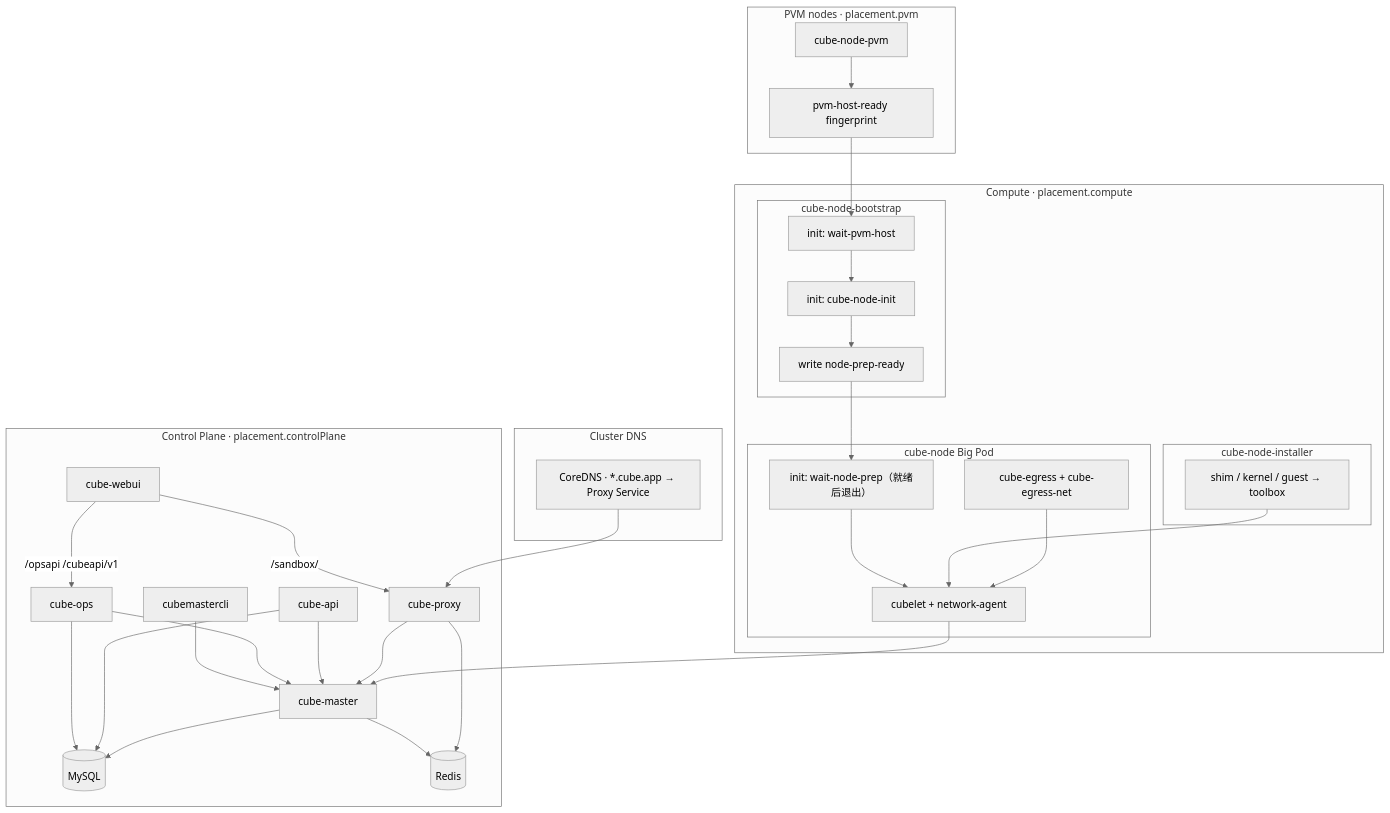
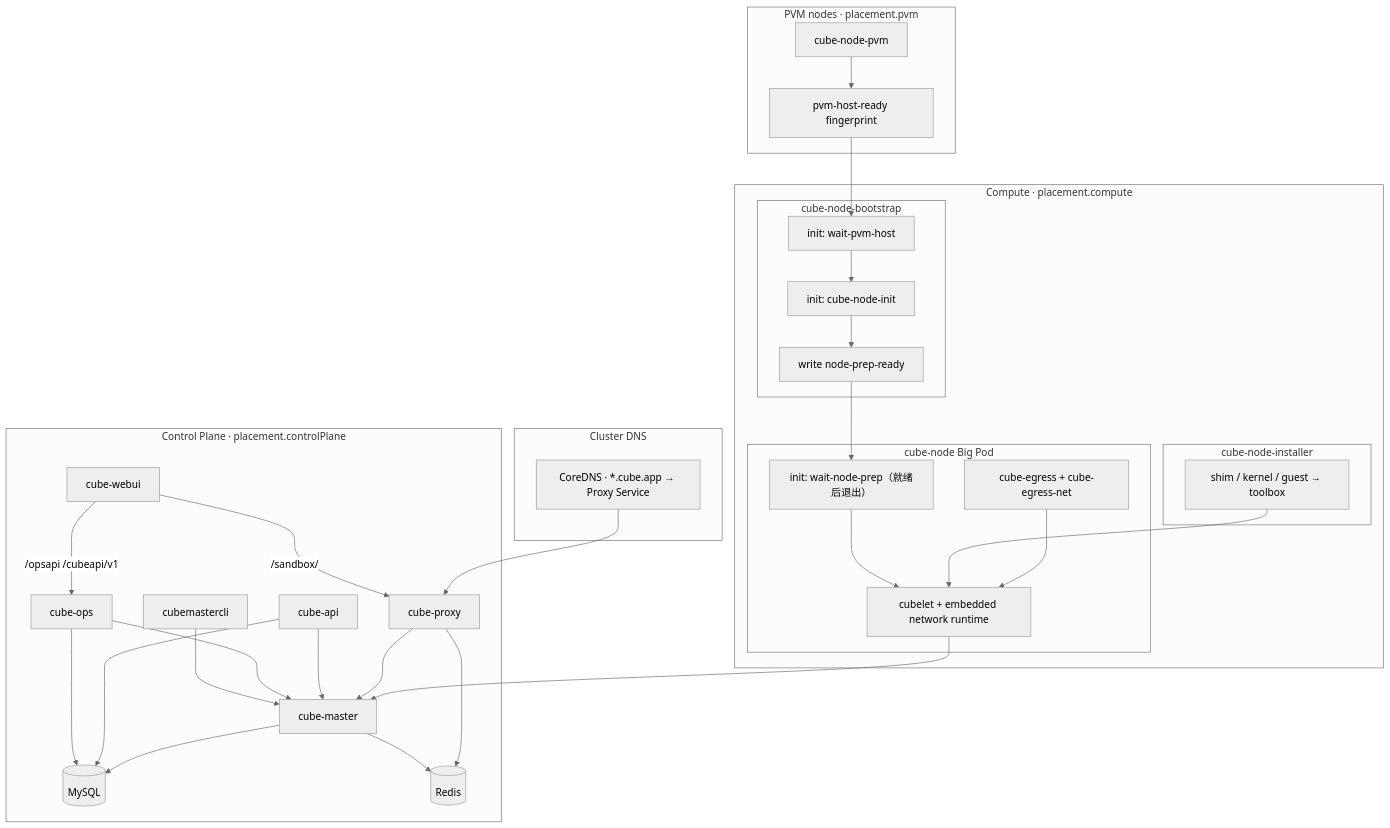
Before and after one commit to TencentCloud/CubeSandbox: the first of 9 diagrams in docs/zh/guide/kubernetes/architecture.md, drawn with Mermaid (neutral theme). The commit also changed other lines of this file and 221 other files, not shown here.

````diff
--- a/docs/zh/guide/kubernetes/architecture.md
+++ b/docs/zh/guide/kubernetes/architecture.md
@@ -30,60 +30,60 @@
 ```mermaid
 flowchart TB
   subgraph CP["Control Plane · placement.controlPlane"]
     CM["cube-master"]
     API["cube-api"]
     OPS["cube-ops"]
     WEB["cube-webui"]
     CLI["cubemastercli"]
     MYSQL[("MySQL")]
     REDIS[("Redis")]
     PROXY["cube-proxy"]
   end
 
   subgraph CLUSTER["Cluster DNS"]
     KDNS["CoreDNS · *.cube.app → Proxy Service"]
   end
 
   subgraph PVMN["PVM nodes · placement.pvm"]
     PVMDS["cube-node-pvm"]
     PVMREADY["pvm-host-ready fingerprint"]
   end
 
   subgraph COMPUTE["Compute · placement.compute"]
     subgraph BOOT["cube-node-bootstrap"]
       WAITPVM["init: wait-pvm-host"]
       NINIT["init: cube-node-init"]
       READY["write node-prep-ready"]
     end
     subgraph INST["cube-node-installer"]
       ART["shim / kernel / guest → toolbox"]
     end
     subgraph NODE["cube-node Big Pod"]
       WAIT["init: wait-node-prep（就绪后退出）"]
-      RUN["cubelet + network-agent"]
+      RUN["cubelet + embedded network runtime"]
       EG["cube-egress + cube-egress-net"]
     end
   end
 
   WEB -->|"/opsapi /cubeapi/v1"| OPS
   WEB -->|"/sandbox/"| PROXY
   CLI --> CM
   OPS --> CM
   OPS --> MYSQL
   API --> CM
   API --> MYSQL
   CM --> MYSQL
   CM --> REDIS
   PROXY --> REDIS
   PROXY --> CM
   KDNS --> PROXY
   PVMDS --> PVMREADY
   PVMREADY --> WAITPVM
   WAITPVM --> NINIT
   NINIT --> READY
   READY --> WAIT
   WAIT --> RUN
   ART --> RUN
   RUN --> CM
   EG --> RUN
 ```
````
